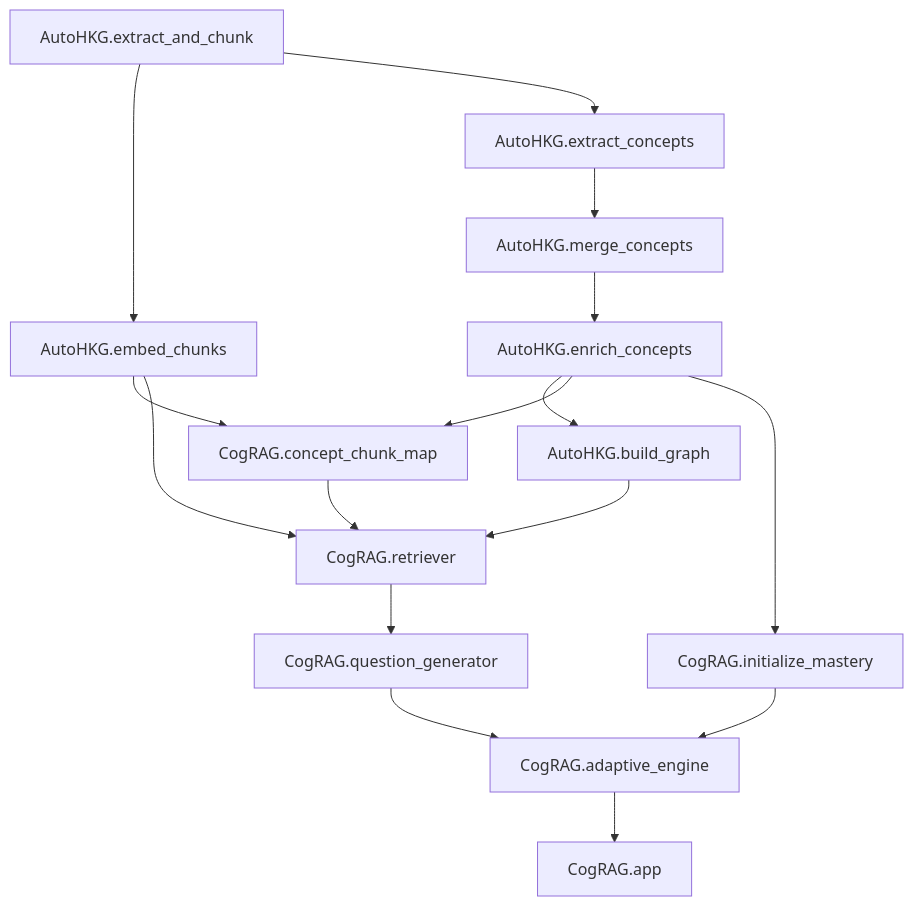
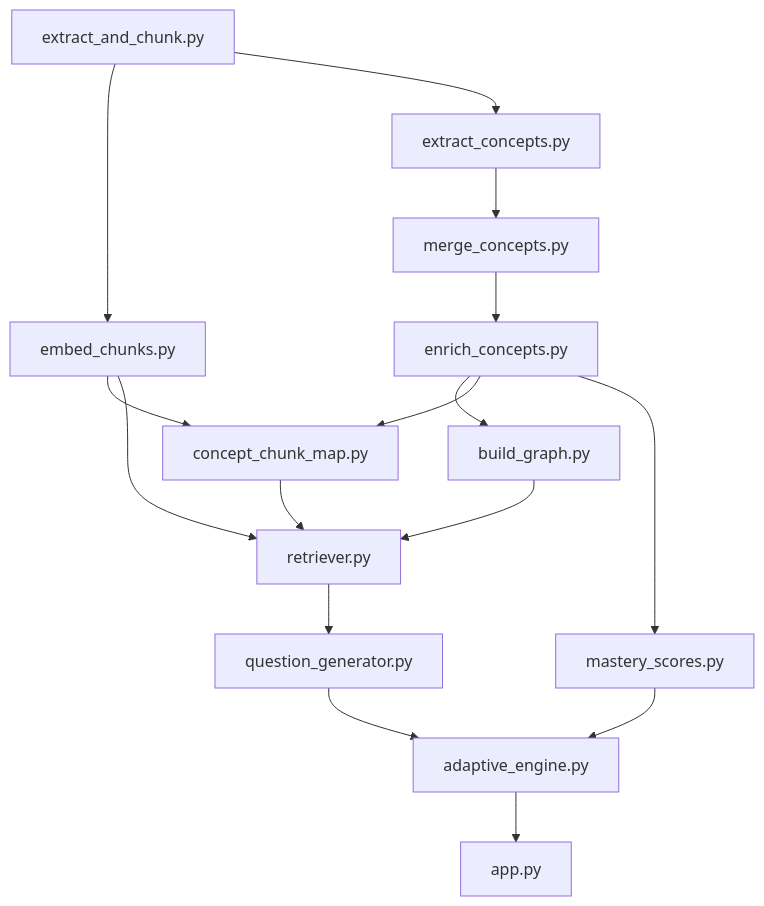
Before and after one commit to Afnan-001/Adaptive-Question-Generation: the diagram in README.md, drawn with Mermaid. The commit also changed other lines of this file and 106 other files, not shown here.

````diff
--- a/README.md
+++ b/README.md
@@ -152,18 +86,18 @@
 ```mermaid
 graph TD
-    A[AutoHKG.extract_and_chunk] --> B[AutoHKG.embed_chunks]
-    A --> C[AutoHKG.extract_concepts]
-    C --> D[AutoHKG.merge_concepts]
-    D --> E[AutoHKG.enrich_concepts]
-    E --> F[AutoHKG.build_graph]
-    B --> G[CogRAG.concept_chunk_map]
+    A[extract_and_chunk.py] --> B[embed_chunks.py]
+    A --> C[extract_concepts.py]
+    C --> D[merge_concepts.py]
+    D --> E[enrich_concepts.py]
+    E --> F[build_graph.py]
+    B --> G[concept_chunk_map.py]
     E --> G
-    E --> H[CogRAG.initialize_mastery]
-    F --> I[CogRAG.retriever]
+    E --> H[mastery_scores.py]
+    F --> I[retriever.py]
     G --> I
     B --> I
-    I --> J[CogRAG.question_generator]
-    J --> K[CogRAG.adaptive_engine]
+    I --> J[question_generator.py]
+    J --> K[adaptive_engine.py]
     H --> K
-    K --> L[CogRAG.app]
+    K --> L[app.py]
 ```
````
